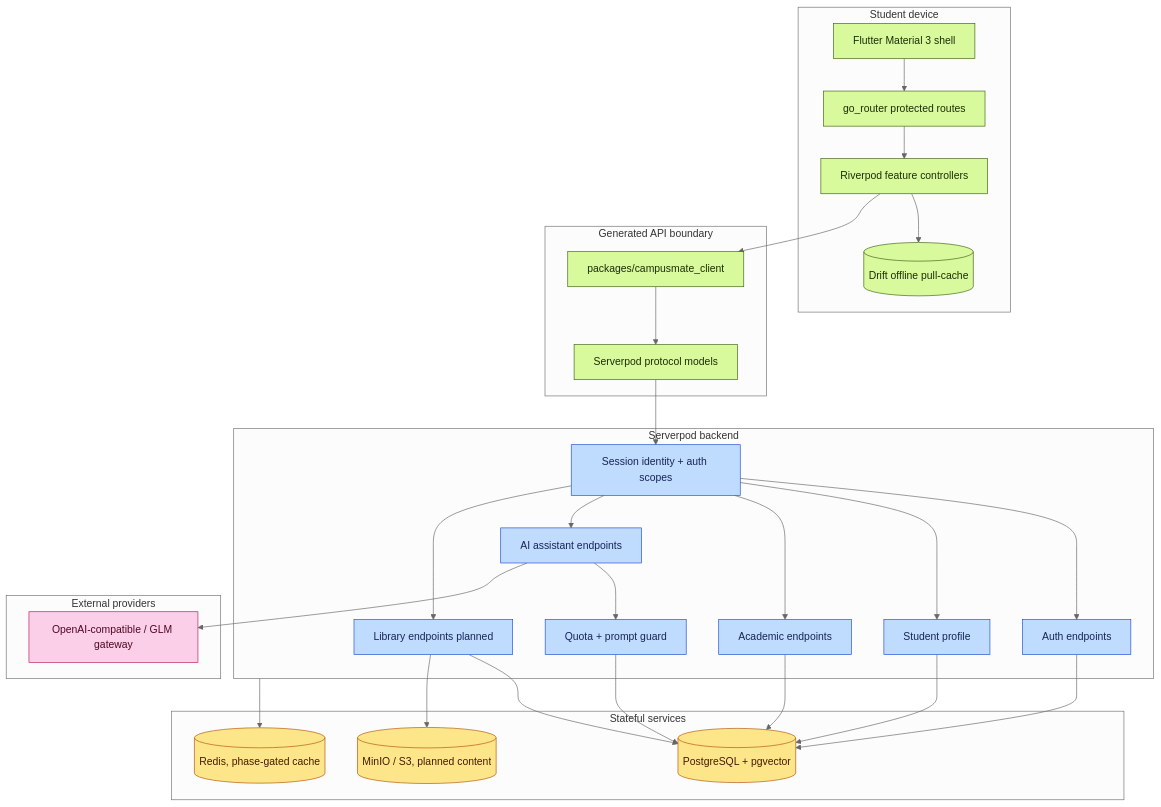
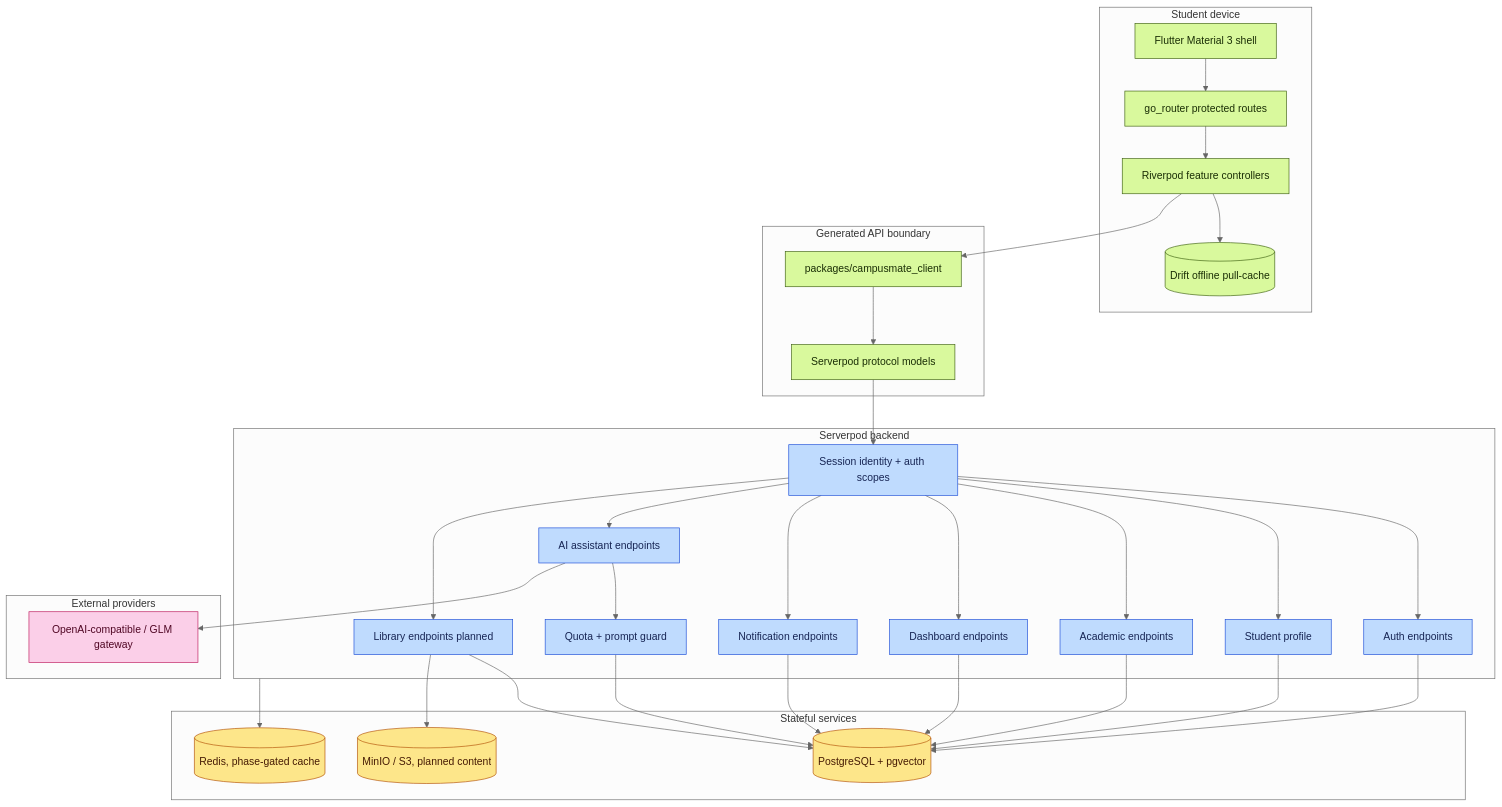
Before and after one commit to JasonTM17/CampusMate: the first of 2 diagrams in docs/architecture.md, drawn with Mermaid (neutral theme). The commit also changed other lines of this file and 70 other files, not shown here.

````diff
--- a/docs/architecture.md
+++ b/docs/architecture.md
@@ -7,64 +7,70 @@
 ```mermaid
 flowchart TB
     subgraph device[Student device]
         shell[Flutter Material 3 shell]
         router[go_router protected routes]
         controllers[Riverpod feature controllers]
         drift[(Drift offline pull-cache)]
     end
 
     subgraph generated[Generated API boundary]
         client[packages/campusmate_client]
         protocol[Serverpod protocol models]
     end
 
     subgraph backend[Serverpod backend]
         session[Session identity + auth scopes]
         auth[Auth endpoints]
         profile[Student profile]
         academic[Academic endpoints]
+        dashboard[Dashboard endpoints]
+        notify[Notification endpoints]
         ai[AI assistant endpoints]
         library[Library endpoints planned]
         quota[Quota + prompt guard]
     end
 
     subgraph data[Stateful services]
         postgres[(PostgreSQL + pgvector)]
         redis[(Redis, phase-gated cache)]
         minio[(MinIO / S3, planned content)]
     end
 
     subgraph external[External providers]
         llm[OpenAI-compatible / GLM gateway]
     end
 
     shell --> router
     router --> controllers
     controllers --> drift
     controllers --> client
     client --> protocol
     protocol --> session
     session --> auth
     session --> profile
     session --> academic
+    session --> dashboard
+    session --> notify
     session --> ai
     session --> library
     academic --> postgres
+    dashboard --> postgres
+    notify --> postgres
     profile --> postgres
     auth --> postgres
     ai --> quota
     quota --> postgres
     ai --> llm
     library --> postgres
     library --> minio
     backend --> redis
 
     classDef mobile fill:#d9f99d,stroke:#3f6212,color:#1a2e05
     classDef api fill:#bfdbfe,stroke:#1d4ed8,color:#172554
     classDef store fill:#fde68a,stroke:#b45309,color:#451a03
     classDef provider fill:#fbcfe8,stroke:#be185d,color:#500724
     class shell,router,controllers,drift,client,protocol mobile
-    class session,auth,profile,academic,ai,library,quota api
+    class session,auth,profile,academic,dashboard,notify,ai,library,quota api
     class postgres,redis,minio store
     class llm provider
 ```
````
